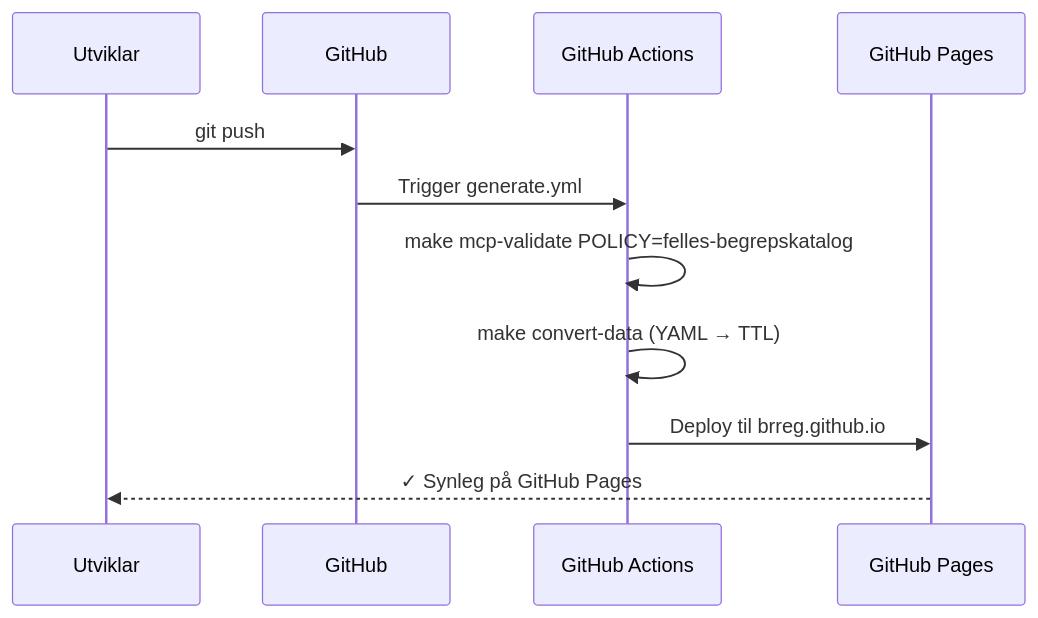
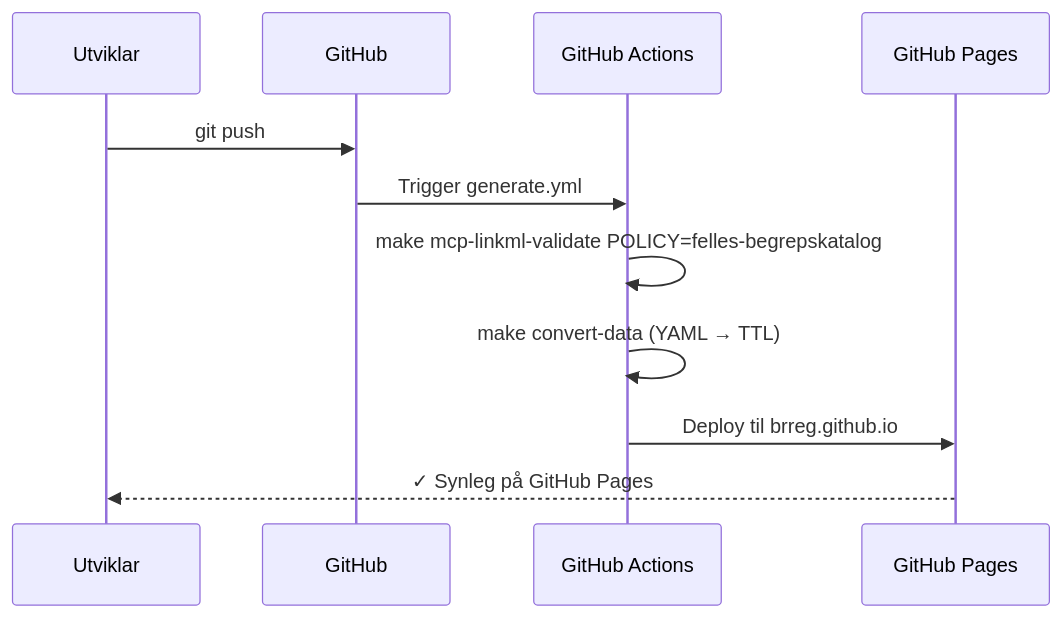
The second of 3 diagrams in mkdocs/docs/arkitektur-oversikt.md (brreg/linkml-datamodellering-no), drawn with Mermaid before and after one commit. The commit also changed other lines of this file and 12 other files, not shown here.

First line of the commit message:
refactor(make): endre mcp-targets til mcp-linkml-* for konsistent namnekonvensjon

````diff
--- a/mkdocs/docs/arkitektur-oversikt.md
+++ b/mkdocs/docs/arkitektur-oversikt.md
@@ -217,14 +217,14 @@
 ```mermaid
 sequenceDiagram
     participant Dev as Utviklar
     participant Git as GitHub
     participant CI as GitHub Actions
     participant Pages as GitHub Pages
     
     Dev->>Git: git push
     Git->>CI: Trigger generate.yml
-    CI->>CI: make mcp-validate POLICY=felles-begrepskatalog
+    CI->>CI: make mcp-linkml-validate POLICY=felles-begrepskatalog
     CI->>CI: make convert-data (YAML → TTL)
     CI->>Pages: Deploy til brreg.github.io
     Pages-->>Dev: ✓ Synleg på GitHub Pages
 ```
````
